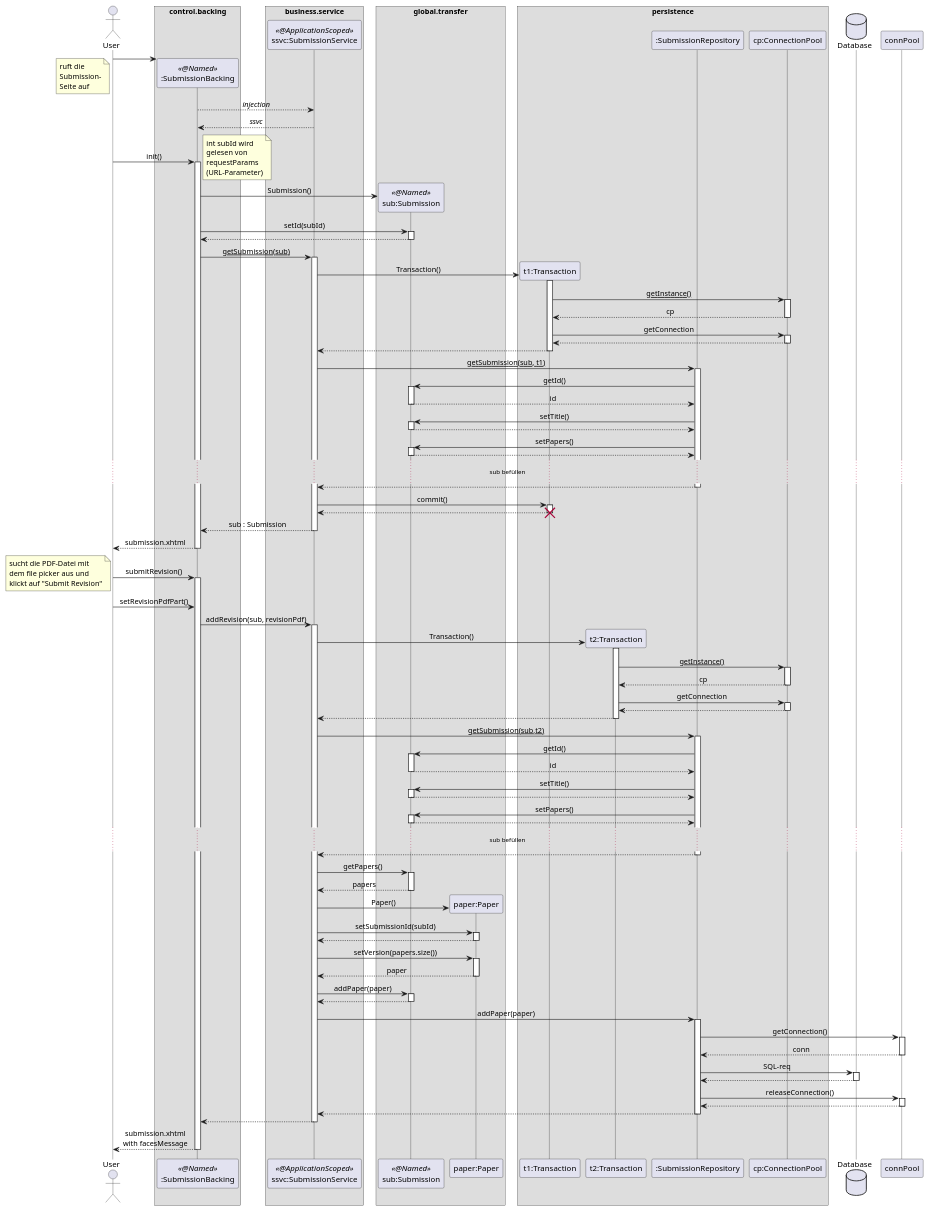
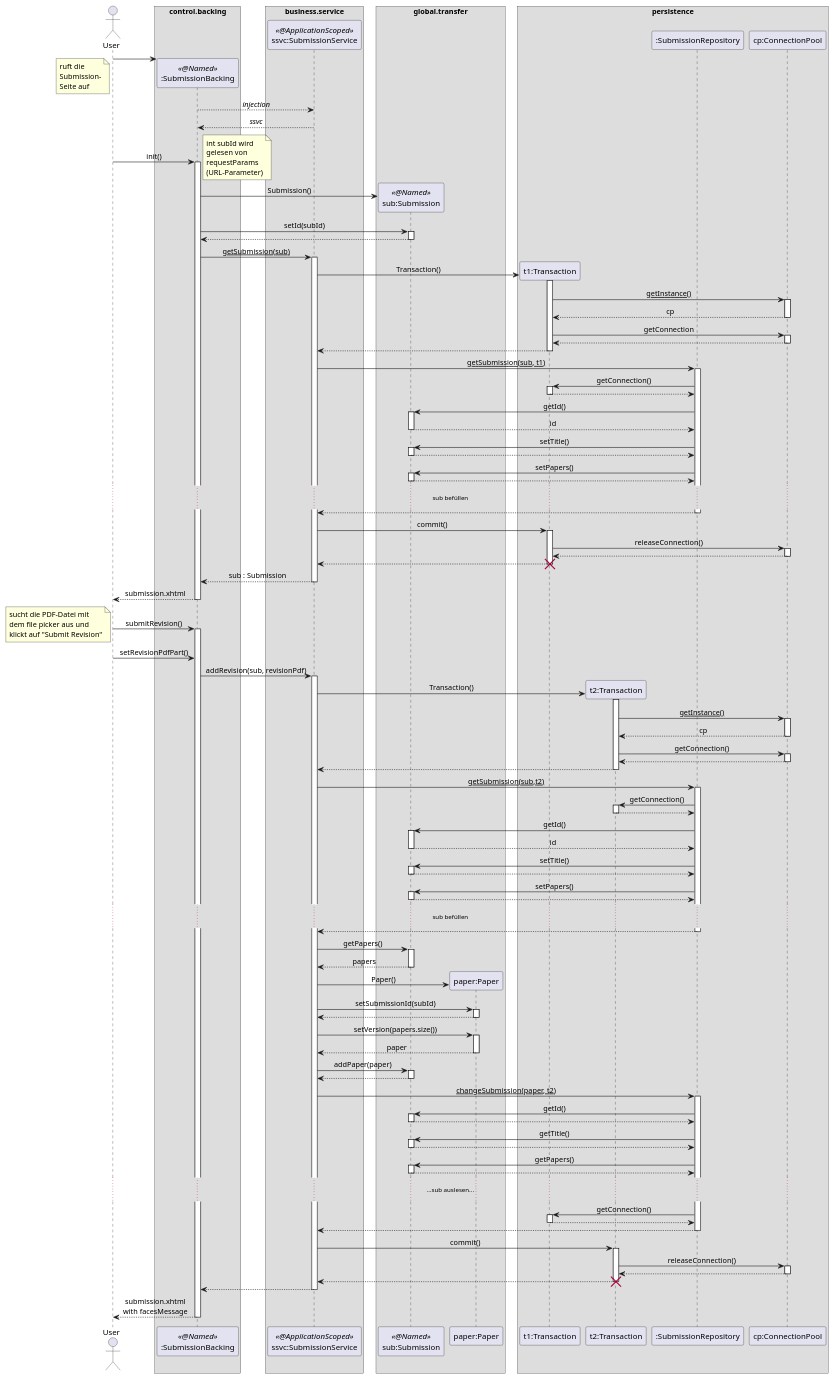
One commit to guersterst/LasEs changed the diagram in docs/Entwurf/puml/upload_revision.puml. Above: the diagram before and after it, drawn with PlantUML.

Commit message:
more transactions

```diff
--- a/docs/Entwurf/puml/upload_revision.puml
+++ b/docs/Entwurf/puml/upload_revision.puml
@@ -1,156 +1,166 @@
 @startuml
 'https://plantuml.com/sequence-diagram
 
 '!theme aws-orange
 skinparam sequenceMessageAlign center
 skinparam BoxPadding 10
-skinparam LifelineStrategy nosolid
+'skinparam LifelineStrategy nosolid
 'autonumber
 'autoactivate on
 'hide footbox
 
 actor User as user
 
 box "control.backing"
     participant ":SubmissionBacking" as sb << @Named >>
 end box
 'box "???"
 '    participant ":ResourceBundle" as rscBundle
 'end box
 box "business.service"
     participant "ssvc:SubmissionService" as ssvc << @ApplicationScoped >>
 end box
 box "global.transfer"
     participant "sub:Submission" as sub << @Named >>
     participant "paper:Paper" as paper
 end box
 box persistence
     participant "t1:Transaction" as t1
     participant "t2:Transaction" as t2
     participant ":SubmissionRepository" as sr
     participant "cp:ConnectionPool" as cp
 end box
-database "Database" as db
 
 create sb
 user -> sb
 note left
     ruft die
     Submission-
     Seite auf
 end note
 sb --> ssvc : //injection//
 return //ssvc//
 user -> sb : init()
 activate sb
     note right
         int subId wird
         gelesen von
         requestParams
         (URL-Parameter)
     end note
     sb -> sub ** : Submission()
     sb -> sub : setId(subId)
     activate sub
     return
     sb -> ssvc : __getSubmission(sub)__
     activate ssvc
         ssvc -> t1 ** : Transaction()
         activate t1
             t1 -> cp : __getInstance()__
             activate cp
             return cp
             t1 -> cp : getConnection
             activate cp
             return
         return
         ssvc -> sr : __getSubmission(sub, t1)__
         activate sr
+            sr -> t1 ++ : getConnection()
+            return
             sr -> sub : getId()
             activate sub
             return id
             sr -> sub : setTitle()
             activate sub
             return
             sr -> sub : setPapers()
             activate sub
             return
             ...sub befüllen...
         return
         ssvc -> t1 ++ : commit()
+            t1 -> cp ++ : releaseConnection()
+            return
         return
         destroy t1
     return sub : Submission
 return submission.xhtml
-
 user -> sb : submitRevision()
 activate sb
     note left
         sucht die PDF-Datei mit
         dem file picker aus und
         klickt auf "Submit Revision"
     end note
     user -> sb : setRevisionPdfPart()
 
     sb -> ssvc : addRevision(sub, revisionPdf)
     activate ssvc
         ssvc -> t2 ** : Transaction()
         activate t2
             t2 -> cp : __getInstance()__
             activate cp
             return cp
-            t2 -> cp : getConnection
+            t2 -> cp : getConnection()
             activate cp
             return
         return
         ssvc -> sr : __getSubmission(sub,t2)__
         activate sr
+            sr -> t2 ++ : getConnection()
+            return
             sr -> sub : getId()
             activate sub
             return id
             sr -> sub : setTitle()
             activate sub
             return
             sr -> sub : setPapers()
             activate sub
             return
             ...sub befüllen...
         return
         ssvc -> sub : getPapers()
         activate sub
         return papers
         ssvc -> paper ** : Paper()
         ssvc -> paper : setSubmissionId(subId)
         activate paper
         return
         ssvc -> paper : setVersion(papers.size())
         activate paper
         return paper
         ssvc -> sub : addPaper(paper)
         activate sub
         return
-        ssvc -> sr : addPaper(paper)
-'updatesubmission not addpaper
+
+        ssvc -> sr : __changeSubmission(paper, t2)__
         activate sr
-            sr -> connPool : getConnection()
-            activate connPool
-            return conn
-            sr -> db : SQL-req
-            activate db
+            sr -> sub ++ : getId()
             return
-            sr -> connPool : releaseConnection()
-            activate connPool
+            sr -> sub ++ : getTitle()
+            return
+            sr -> sub ++ : getPapers()
+            return
+            ......sub auslesen......
+            sr -> t1 ++ : getConnection()
             return
         return
+
+        ssvc -> t2 ++ : commit()
+            t2 -> cp ++ : releaseConnection()
+            return
+        return
+        destroy t2
     return
 
 '    subBacking -> rscBundle : getAddRevision\\\nConfirmationMsg()
 '    activate rscBundle
 '    return msg
 
 return submission.xhtml\nwith facesMessage
 
 
 
 
 @enduml
```
